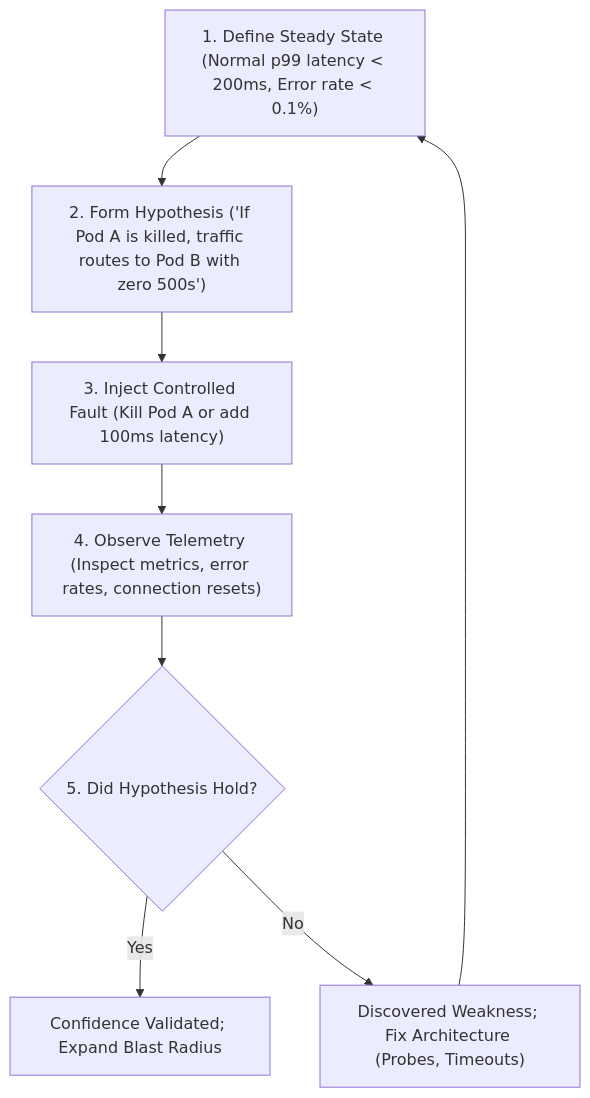
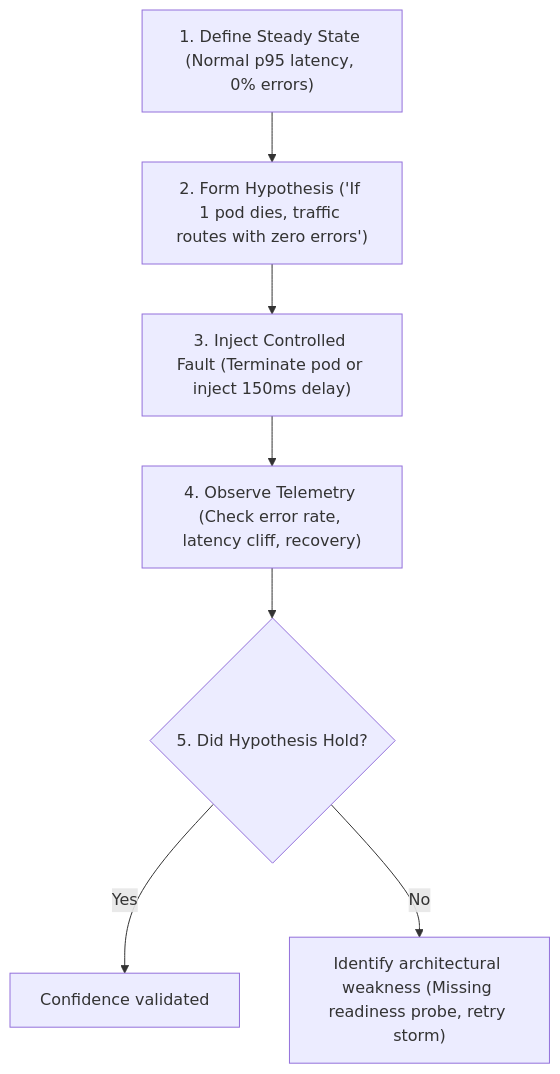
One commit to sodiqscript111/SRE_toolkit changed the diagram in chaos-engineering/README.md. Above: the diagram before and after it, drawn with Mermaid. The commit also changed other lines of this file and 68 other files, not shown here.

````diff
--- a/chaos-engineering/README.md
+++ b/chaos-engineering/README.md
@@ -11,10 +11,9 @@
 ```mermaid
 flowchart TD
-    A["1. Define Steady State (Normal p99 latency < 200ms, Error rate < 0.1%)"] --> B["2. Form Hypothesis ('If Pod A is killed, traffic routes to Pod B with zero 500s')"]
-    B --> C["3. Inject Controlled Fault (Kill Pod A or add 100ms latency)"]
-    C --> D["4. Observe Telemetry (Inspect metrics, error rates, connection resets)"]
+    A["1. Define Steady State (Normal p95 latency, 0% errors)"] --> B["2. Form Hypothesis ('If 1 pod dies, traffic routes with zero errors')"]
+    B --> C["3. Inject Controlled Fault (Terminate pod or inject 150ms delay)"]
+    C --> D["4. Observe Telemetry (Check error rate, latency cliff, recovery)"]
     D --> E{"5. Did Hypothesis Hold?"}
-    E -->|Yes| F["Confidence Validated; Expand Blast Radius"]
-    E -->|No| G["Discovered Weakness; Fix Architecture (Probes, Timeouts)"]
-    G --> A
+    E -->|Yes| F["Confidence validated"]
+    E -->|No| G["Identify architectural weakness (Missing readiness probe, retry storm)"]
 ```
````
